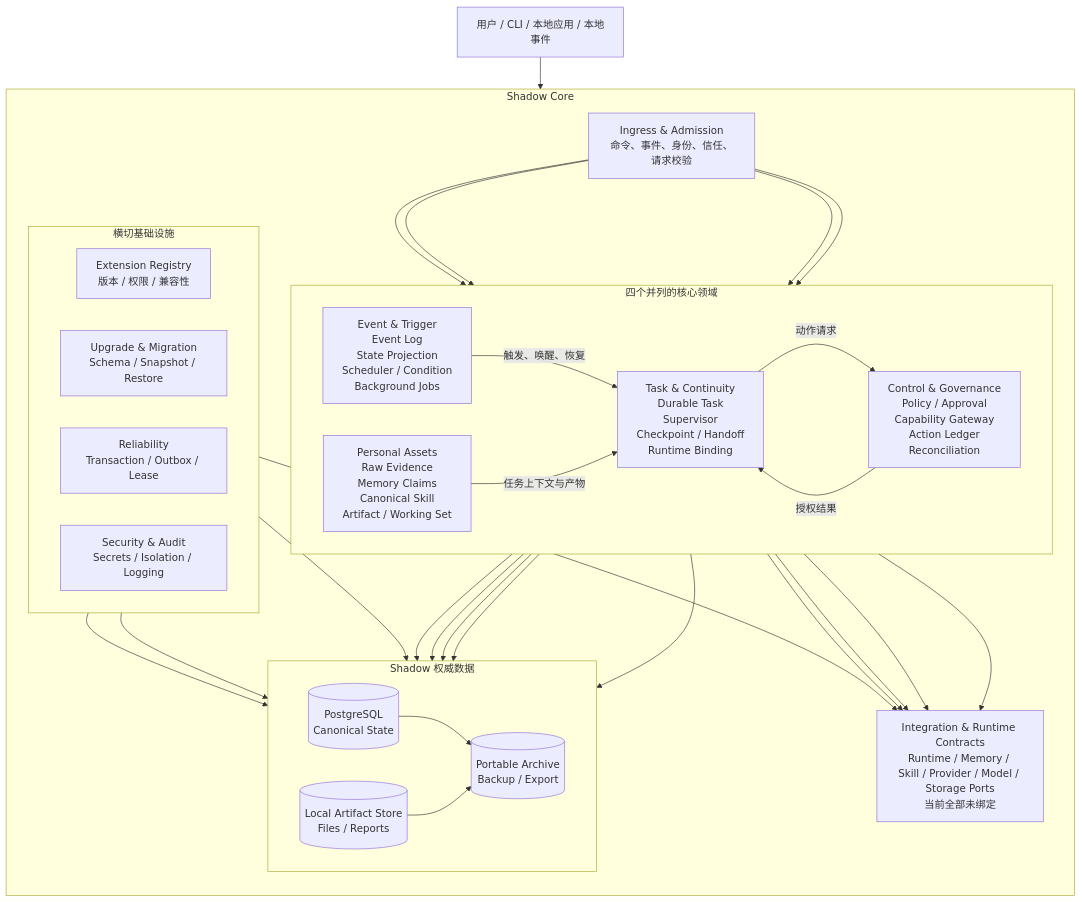
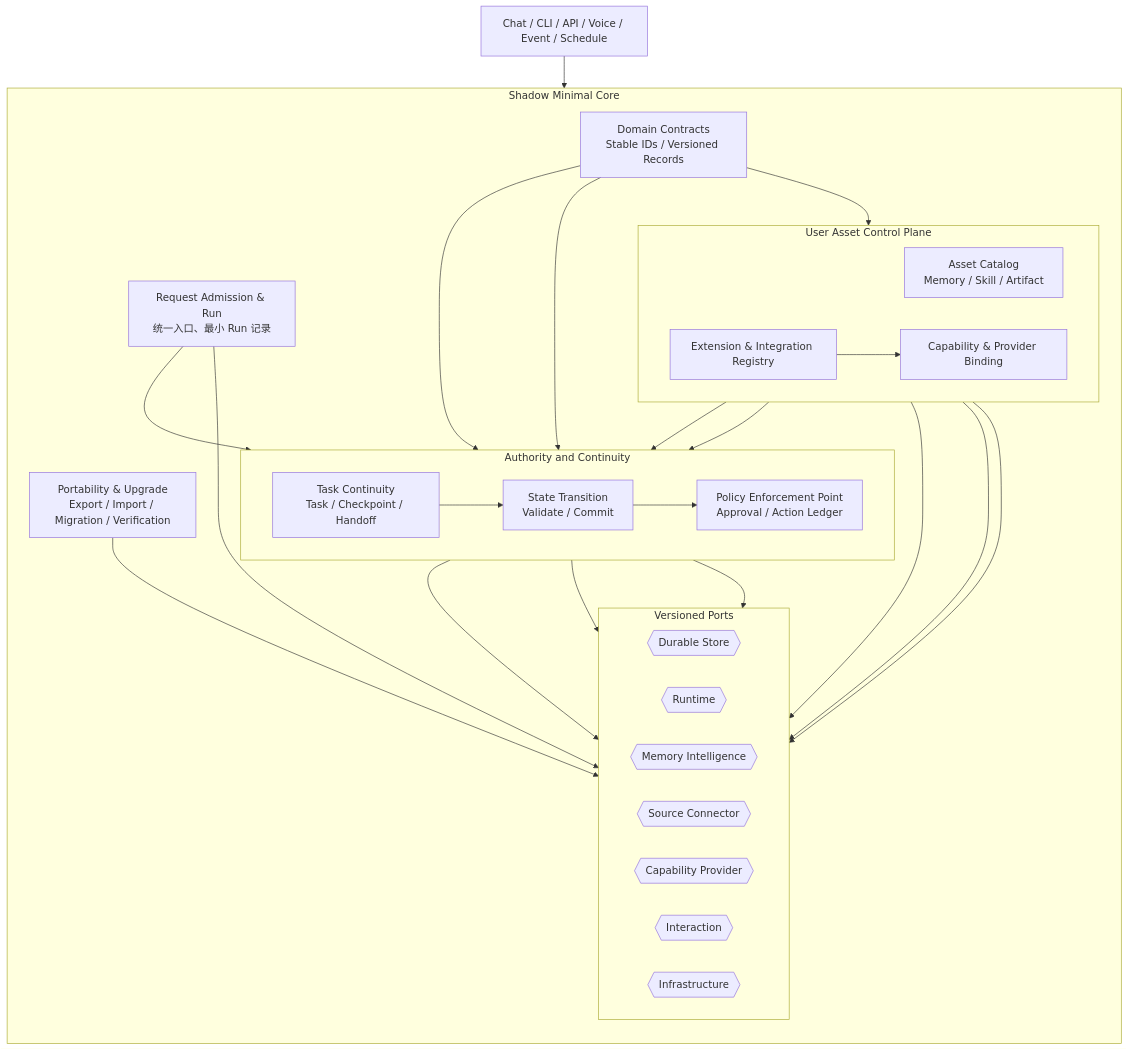
The first of 3 diagrams in docs/architecture.md (wzw57/OpenShadow), drawn with Mermaid before and after one commit. The commit also changed other lines of this file, not shown here.

Commit message:
docs: reduce architecture to a minimal composable core

```diff
--- a/docs/architecture.md
+++ b/docs/architecture.md
@@ -33,70 +49,62 @@
 ~~~mermaid
 flowchart TB
-    USER["用户 / CLI / 本地应用 / 本地事件"]
+    REQUEST["Chat / CLI / API / Voice / Event / Schedule"]
 
-    subgraph SHADOW["Shadow Core"]
+    subgraph CORE["Shadow Minimal Core"]
         direction TB
 
-        INGRESS["Ingress & Admission<br/>命令、事件、身份、信任、请求校验"]
+        INGRESS["Request Admission & Run<br/>统一入口、最小 Run 记录"]
 
-        subgraph DOMAINS["四个并列的核心领域"]
+        CONTRACTS["Domain Contracts<br/>Stable IDs / Versioned Records"]
+
+        subgraph AUTHORITY["Authority and Continuity"]
             direction LR
-
-            TASK["Task & Continuity<br/>Durable Task<br/>Supervisor<br/>Checkpoint / Handoff<br/>Runtime Binding"]
-
-            ASSET["Personal Assets<br/>Raw Evidence<br/>Memory Claims<br/>Canonical Skill<br/>Artifact / Working Set"]
-
-            CONTROL["Control & Governance<br/>Policy / Approval<br/>Capability Gateway<br/>Action Ledger<br/>Reconciliation"]
-
-            WORLD["Event & Trigger<br/>Event Log<br/>State Projection<br/>Scheduler / Condition<br/>Background Jobs"]
+            TASK["Task Continuity<br/>Task / Checkpoint / Handoff"]
+            STATE["State Transition<br/>Validate / Commit"]
+            POLICY["Policy Enforcement Point<br/>Approval / Action Ledger"]
         end
 
-        PORTS["Integration & Runtime Contracts<br/>Runtime / Memory / Skill / Provider / Model / Storage Ports<br/>当前全部未绑定"]
-
-        subgraph FOUNDATION["横切基础设施"]
+        subgraph CATALOGS["User Asset Control Plane"]
             direction LR
-            REGISTRY["Extension Registry<br/>版本 / 权限 / 兼容性"]
-            UPGRADE["Upgrade & Migration<br/>Schema / Snapshot / Restore"]
-            RELIABILITY["Reliability<br/>Transaction / Outbox / Lease"]
-            SECURITY["Security & Audit<br/>Secrets / Isolation / Logging"]
+            ASSETS["Asset Catalog<br/>Memory / Skill / Artifact"]
+            EXTENSIONS["Extension & Integration Registry"]
+            CAPABILITIES["Capability & Provider Binding"]
         end
 
-        subgraph DATA["Shadow 权威数据"]
+        PORTABILITY["Portability & Upgrade<br/>Export / Import / Migration / Verification"]
+
+        subgraph PORTS["Versioned Ports"]
             direction LR
-            DB[("PostgreSQL<br/>Canonical State")]
-            FILES[("Local Artifact Store<br/>Files / Reports")]
-            ARCHIVE[("Portable Archive<br/>Backup / Export")]
+            STORE_PORT{{"Durable Store"}}
+            RUNTIME_PORT{{"Runtime"}}
+            MEMORY_PORT{{"Memory Intelligence"}}
+            SOURCE_PORT{{"Source Connector"}}
+            PROVIDER_PORT{{"Capability Provider"}}
+            INTERACTION_PORT{{"Interaction"}}
+            INFRA_PORT{{"Infrastructure"}}
         end
     end
 
-    USER --> INGRESS
+    REQUEST --> INGRESS
+    INGRESS --> TASK
+    TASK --> STATE
+    STATE --> POLICY
 
-    INGRESS --> TASK
-    INGRESS --> ASSET
-    INGRESS --> CONTROL
-    INGRESS --> WORLD
+    CONTRACTS --> TASK
+    CONTRACTS --> STATE
+    CONTRACTS --> ASSETS
 
-    WORLD -->|"触发、唤醒、恢复"| TASK
-    ASSET -->|"任务上下文与产物"| TASK
-    TASK -->|"动作请求"| CONTROL
-    CONTROL -->|"授权结果"| TASK
+    ASSETS --> STATE
+    EXTENSIONS --> CAPABILITIES
+    CAPABILITIES --> POLICY
 
-    TASK --> PORTS
-    ASSET --> PORTS
-    CONTROL --> PORTS
-    WORLD --> PORTS
+    STATE --> STORE_PORT
+    TASK --> RUNTIME_PORT
+    ASSETS --> MEMORY_PORT
+    ASSETS --> SOURCE_PORT
+    POLICY --> PROVIDER_PORT
+    INGRESS --> INTERACTION_PORT
 
-    TASK --> DB
-    ASSET --> DB
-    CONTROL --> DB
-    WORLD --> DB
-
-    ASSET --> FILES
-    DB --> ARCHIVE
-    FILES --> ARCHIVE
-
-    REGISTRY --> PORTS
-    UPGRADE --> DB
-    RELIABILITY --> DB
-    SECURITY --> DB
+    PORTABILITY --> STORE_PORT
+    EXTENSIONS --> PORTS
 ~~~
```
